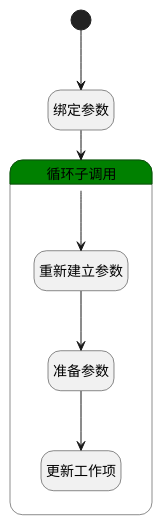
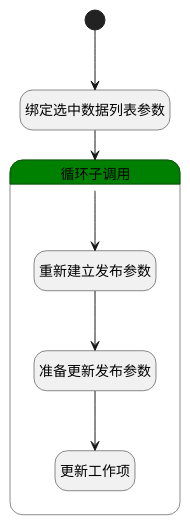
One commit to iBizLab/plm changed the diagram in doc/docsify/module/ProjMgmt/release/logic/plan_work_item.md. Above: the diagram before and after it, drawn with PlantUML. The commit also changed other lines of this file and 1778 other files, not shown here.

````diff
--- a/doc/docsify/module/ProjMgmt/release/logic/plan_work_item.md
+++ b/doc/docsify/module/ProjMgmt/release/logic/plan_work_item.md
@@ -7,28 +7,28 @@
 ```plantuml
 @startuml
 hide empty description
 <style>
 root {
   HyperlinkColor #42b983
 }
 </style>
 
 hide empty description
 state "开始" as Begin <<start>> [[$./plan_work_item#begin {"开始"}]]
-state "绑定参数" as BINDPARAM1  [[$./plan_work_item#bindparam1 {"绑定参数"}]]
+state "绑定选中数据列表参数" as BINDPARAM1  [[$./plan_work_item#bindparam1 {"绑定选中数据列表参数"}]]
 state "循环子调用" as LOOPSUBCALL1  [[$./plan_work_item#loopsubcall1 {"循环子调用"}]] #green {
-state "重新建立参数" as RENEWPARAM1  [[$./plan_work_item#renewparam1 {"重新建立参数"}]]
-state "准备参数" as PREPAREPARAM1  [[$./plan_work_item#prepareparam1 {"准备参数"}]]
+state "重新建立发布参数" as RENEWPARAM1  [[$./plan_work_item#renewparam1 {"重新建立发布参数"}]]
+state "准备更新发布参数" as PREPAREPARAM1  [[$./plan_work_item#prepareparam1 {"准备更新发布参数"}]]
 state "更新工作项" as DEACTION1  [[$./plan_work_item#deaction1 {"更新工作项"}]]
 }
 
 
 Begin --> BINDPARAM1
 BINDPARAM1 --> LOOPSUBCALL1
 LOOPSUBCALL1 --> RENEWPARAM1
 RENEWPARAM1 --> PREPAREPARAM1
 PREPAREPARAM1 --> DEACTION1
 
 
 @enduml
 ```
````
